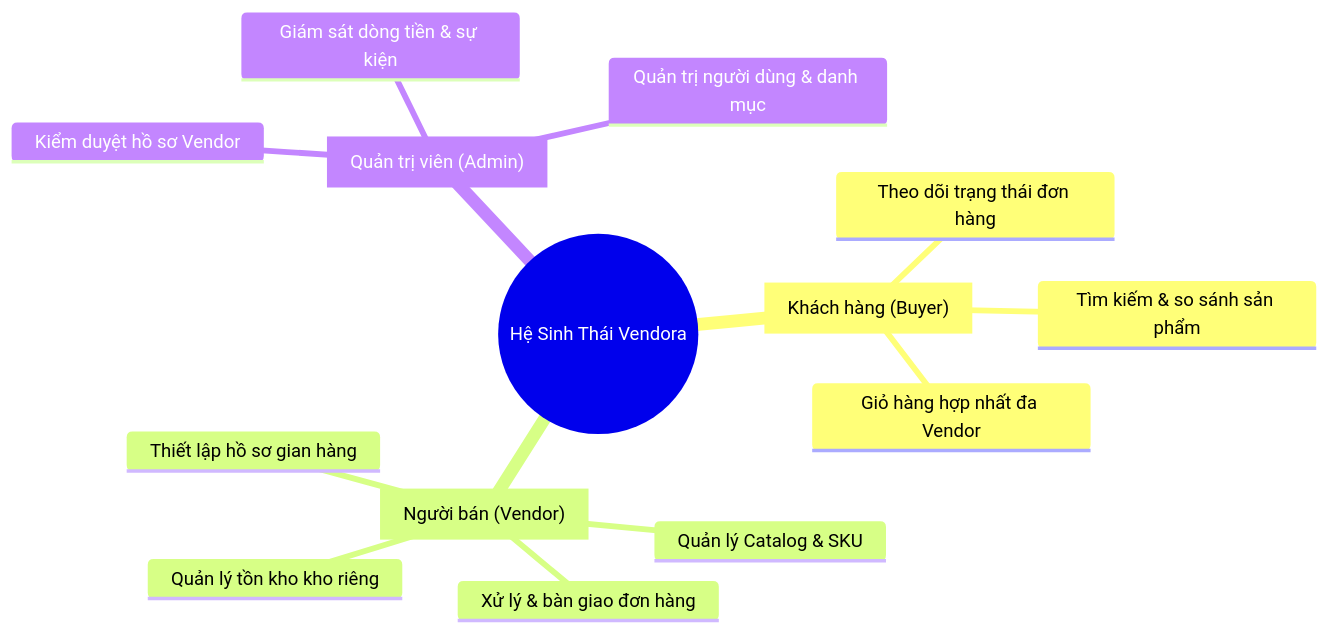
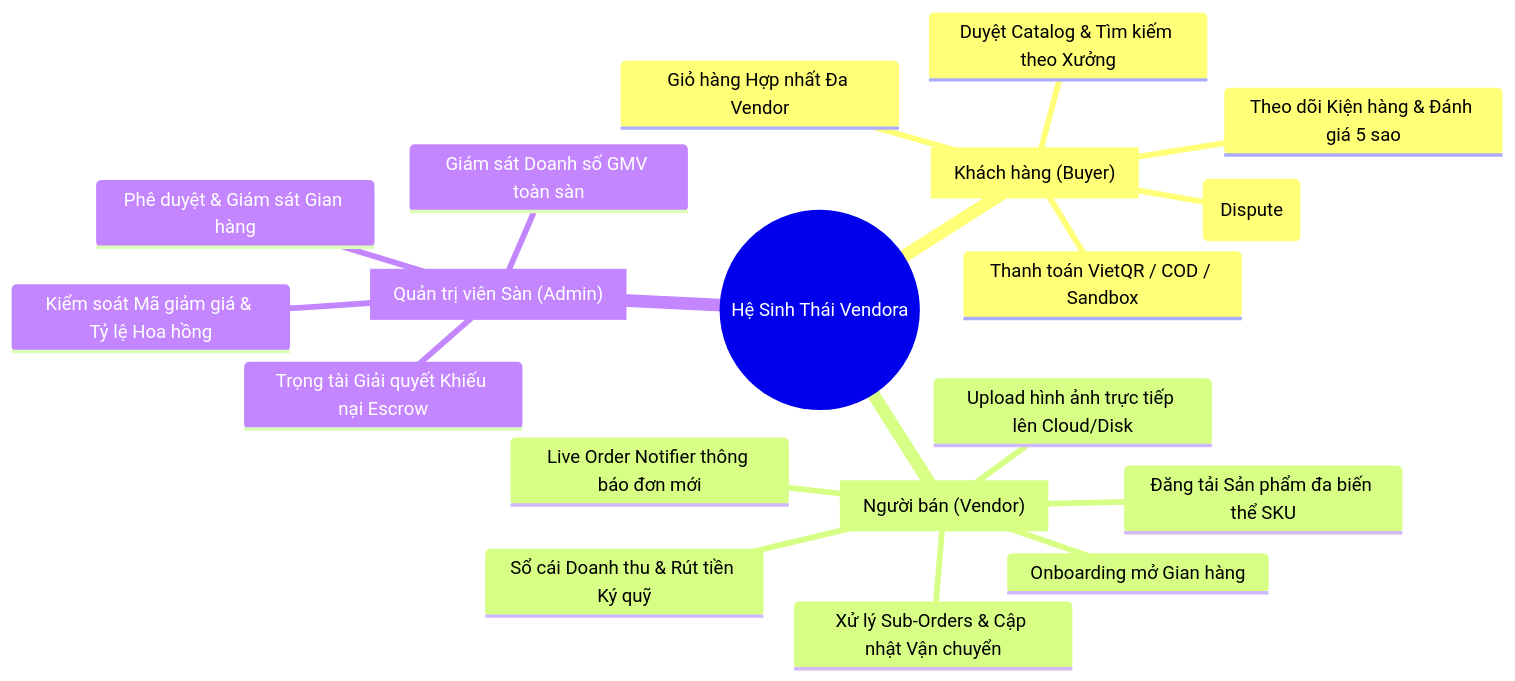
The first of 4 diagrams in docs/PRD.md (lethanhkha/vendora), drawn with Mermaid before and after one commit. The commit also changed other lines of this file, not shown here.

Commit message:
docs(prd): update PRD to version 2.0 reflecting decoupled production architecture

````diff
--- a/docs/PRD.md
+++ b/docs/PRD.md
@@ -46,17 +51,22 @@
 ```mermaid
 mindmap
   root((Hệ Sinh Thái Vendora))
     Buyer["Khách hàng (Buyer)"]
-      Tìm kiếm & so sánh sản phẩm
-      Giỏ hàng hợp nhất đa Vendor
-      Theo dõi trạng thái đơn hàng
+      Duyệt Catalog & Tìm kiếm theo Xưởng
+      Giỏ hàng Hợp nhất Đa Vendor
+      Thanh toán VietQR / COD / Sandbox
+      Theo dõi Kiện hàng & Đánh giá 5 sao
+      Khiếu nại Ký quỹ Escrow (Dispute)
     Vendor["Người bán (Vendor)"]
-      Thiết lập hồ sơ gian hàng
-      Quản lý Catalog & SKU
-      Quản lý tồn kho kho riêng
-      Xử lý & bàn giao đơn hàng
-    Platform Admin["Quản trị viên (Admin)"]
-      Kiểm duyệt hồ sơ Vendor
-      Quản trị người dùng & danh mục
-      Giám sát dòng tiền & sự kiện
+      Onboarding mở Gian hàng
+      Đăng tải Sản phẩm đa biến thể SKU
+      Upload hình ảnh trực tiếp lên Cloud/Disk
+      Live Order Notifier thông báo đơn mới
+      Xử lý Sub-Orders & Cập nhật Vận chuyển
+      Sổ cái Doanh thu & Rút tiền Ký quỹ
+    Platform Admin["Quản trị viên Sàn (Admin)"]
+      Giám sát Doanh số GMV toàn sàn
+      Trọng tài Giải quyết Khiếu nại Escrow
+      Phê duyệt & Giám sát Gian hàng
+      Kiểm soát Mã giảm giá & Tỷ lệ Hoa hồng
 ```
````
